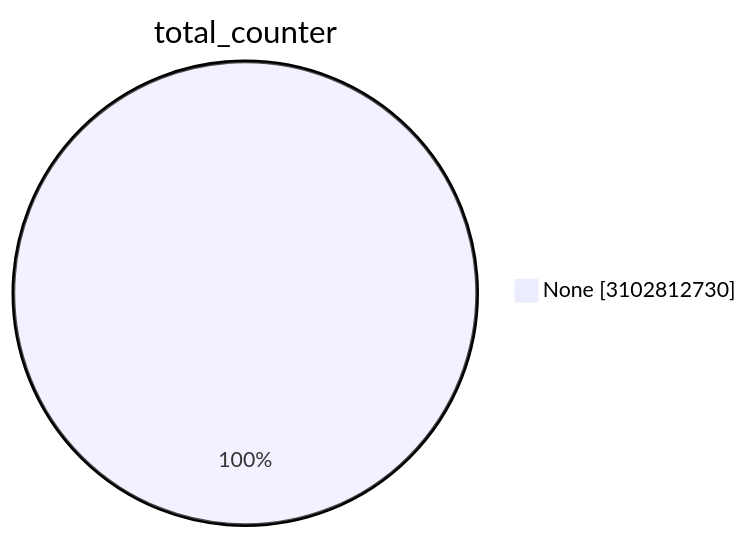
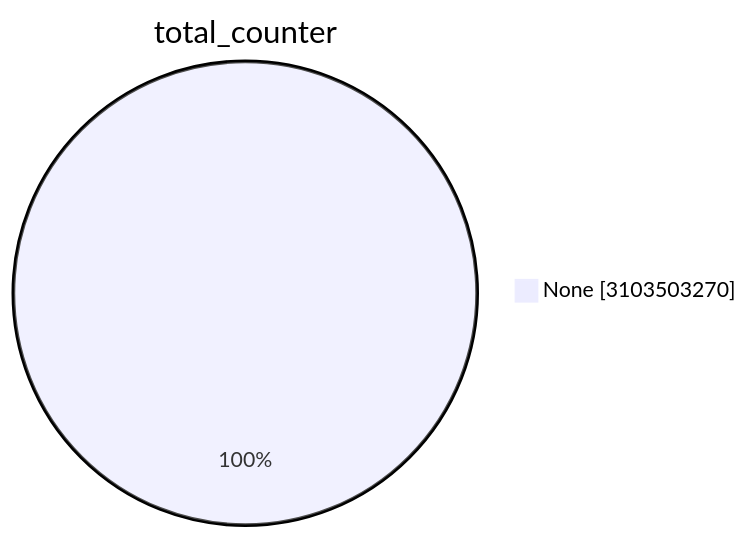
Before and after one commit to christiankrug/ctmonitor_visualization: the first of 15 diagrams in TOTAL/README.md, drawn with Mermaid. The commit also changed other lines of this file, not shown here.

````diff
--- a/TOTAL/README.md
+++ b/TOTAL/README.md
@@ -1,5 +1,5 @@
 ```mermaid
 pie showData
 title total_counter
-"None" :3102812730
+"None" :3103503270
 ```
````
